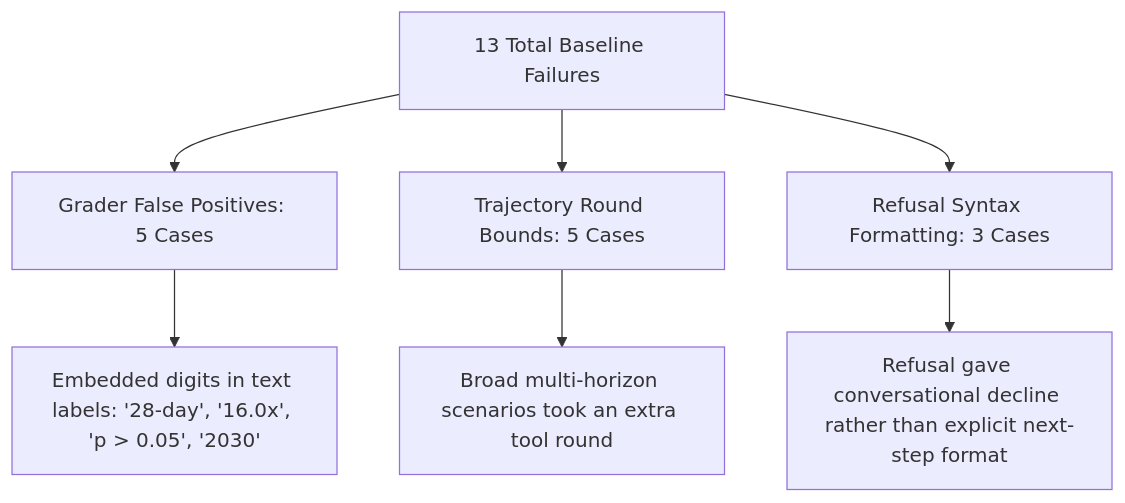
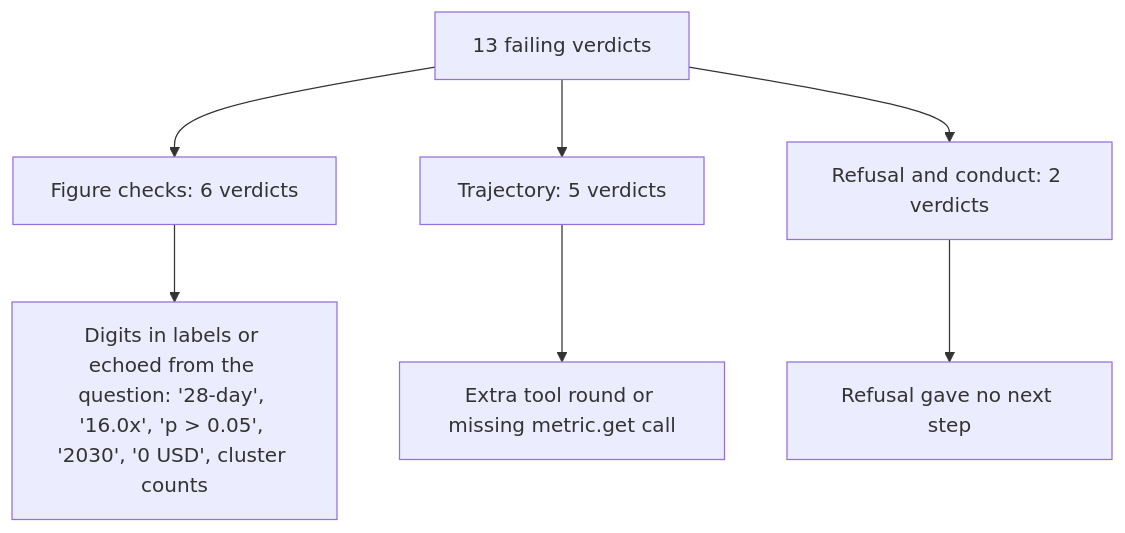
Before and after one commit to abdullahabtahi/EIOS: the third of 3 diagrams in docs/evidence/live-final-eval-visual-report.md, drawn with Mermaid. The commit also changed other lines of this file and 3 other files, not shown here.

````diff
--- a/docs/evidence/live-final-eval-visual-report.md
+++ b/docs/evidence/live-final-eval-visual-report.md
@@ -137,15 +136,15 @@
 ```mermaid
 graph TD
-    Total[13 Total Baseline Failures]
-    G1[Grader False Positives: 5 Cases]
-    G2[Trajectory Round Bounds: 5 Cases]
-    G3[Refusal Syntax Formatting: 3 Cases]
+    Total[13 failing verdicts]
+    G1[Figure checks: 6 verdicts]
+    G2[Trajectory: 5 verdicts]
+    G3[Refusal and conduct: 2 verdicts]
 
     Total --> G1
     Total --> G2
     Total --> G3
 
-    G1 --> E1["Embedded digits in text labels: '28-day', '16.0x', 'p > 0.05', '2030'"]
-    G2 --> E2["Broad multi-horizon scenarios took an extra tool round"]
-    G3 --> E3["Refusal gave conversational decline rather than explicit next-step format"]
+    G1 --> E1["Digits in labels or echoed from the question: '28-day', '16.0x', 'p > 0.05', '2030', '0 USD', cluster counts"]
+    G2 --> E2["Extra tool round or missing metric.get call"]
+    G3 --> E3["Refusal gave no next step"]
 ```
````
